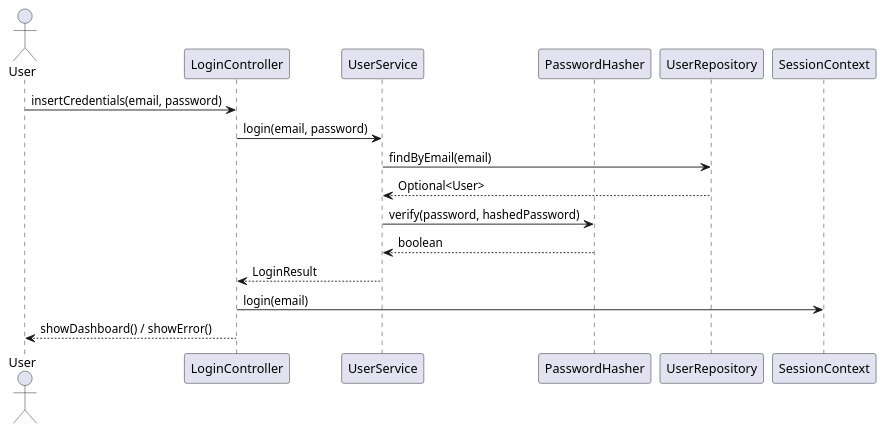
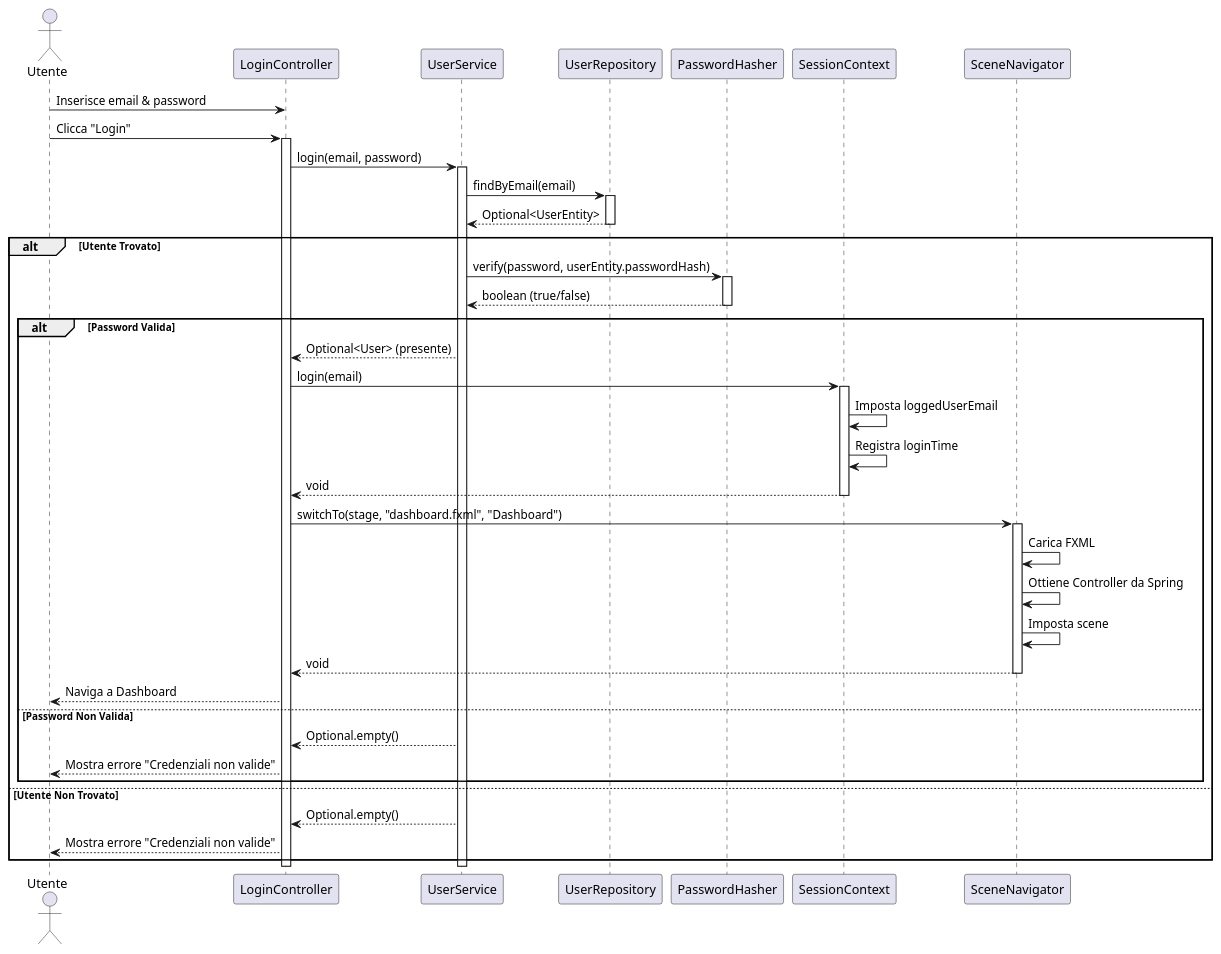
The third of 9 diagrams in README.it.md (DaniaCiampalini/SafeCoreProject), drawn with PlantUML before and after one commit. The commit also changed other lines of this file and 1 other file, not shown here.

````diff
--- a/README.it.md
+++ b/README.it.md
@@ -271,20 +1481,59 @@
 ```plantuml
 @startuml
-actor User
-participant LoginController
-participant UserService
-participant PasswordHasher
-participant UserRepository
-participant SessionContext
+actor Utente
+participant "LoginController" as LC
+participant "UserService" as US
+participant "UserRepository" as UR
+participant "PasswordHasher" as PH
+participant "SessionContext" as SC
+participant "SceneNavigator" as SN
 
-User -> LoginController: insertCredentials(email, password)
-LoginController -> UserService: login(email, password)
-UserService -> UserRepository: findByEmail(email)
-UserRepository --> UserService: Optional<User>
-UserService -> PasswordHasher: verify(password, hashedPassword)
-PasswordHasher --> UserService: boolean
-UserService --> LoginController: LoginResult
-LoginController -> SessionContext: login(email)
-LoginController --> User: showDashboard() / showError()
+Utente -> LC: Inserisce email & password
+Utente -> LC: Clicca "Login"
+activate LC
+
+LC -> US: login(email, password)
+activate US
+
+US -> UR: findByEmail(email)
+activate UR
+UR --> US: Optional<UserEntity>
+deactivate UR
+
+alt Utente Trovato
+  US -> PH: verify(password, userEntity.passwordHash)
+  activate PH
+  PH --> US: boolean (true/false)
+  deactivate PH
+
+  alt Password Valida
+    US --> LC: Optional<User> (presente)
+    LC -> SC: login(email)
+    activate SC
+    SC -> SC: Imposta loggedUserEmail
+    SC -> SC: Registra loginTime
+    SC --> LC: void
+    deactivate SC
+
+    LC -> SN: switchTo(stage, "dashboard.fxml", "Dashboard")
+    activate SN
+    SN -> SN: Carica FXML
+    SN -> SN: Ottiene Controller da Spring
+    SN -> SN: Imposta scene
+    SN --> LC: void
+    deactivate SN
+
+    LC --> Utente: Naviga a Dashboard
+  else Password Non Valida
+    US --> LC: Optional.empty()
+    LC --> Utente: Mostra errore "Credenziali non valide"
+  end
+else Utente Non Trovato
+  US --> LC: Optional.empty()
+  LC --> Utente: Mostra errore "Credenziali non valide"
+end
+
+deactivate US
+deactivate LC
 @enduml
 ```
````
